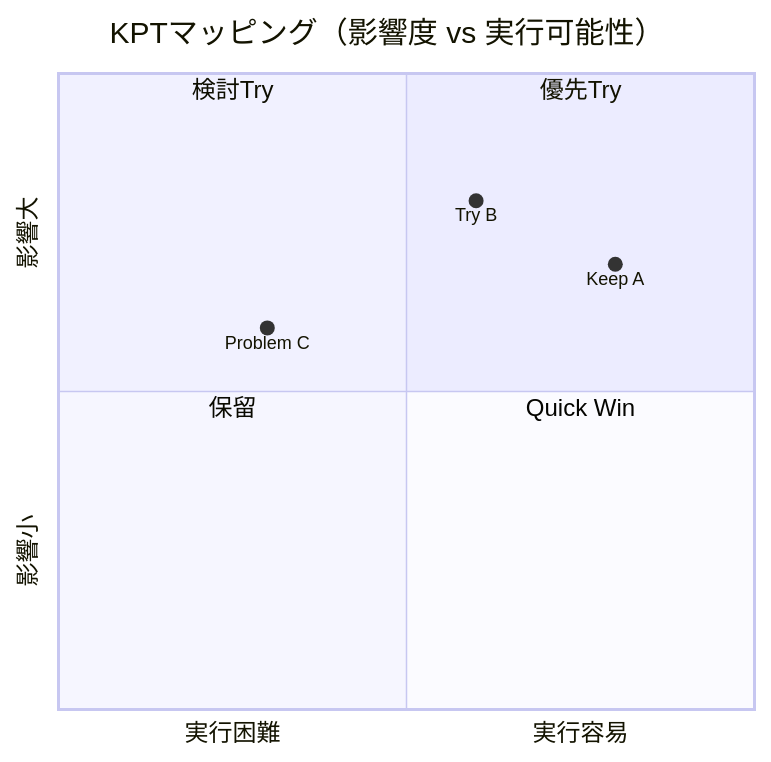
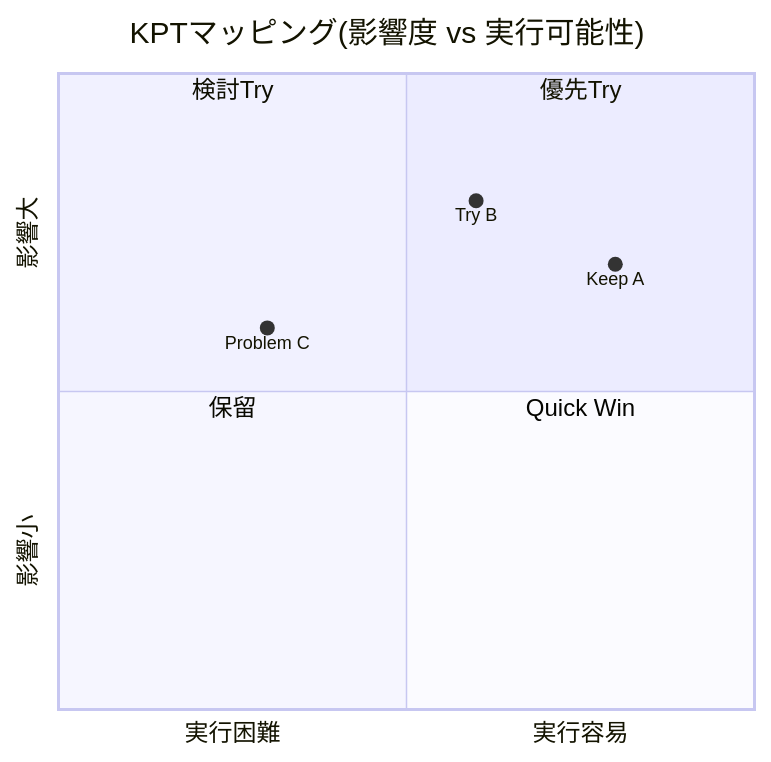
One commit to 9BwgeBTPG-QH/mark-it-down changed the diagram in docs/templates/productivity/kpt-retrospective-ja.md. Above: the diagram before and after it, drawn with Mermaid.

Commit message:
Update KPTマッピング chart formatting in Japanese retrospective template
- Modified the title and axis labels in the KPTマッピング chart for improved clarity and consistency.
- Enclosed axis labels in quotes to enhance readability.

These changes contribute to a clearer presentation of the KPT retrospective framework.

````diff
--- a/docs/templates/productivity/kpt-retrospective-ja.md
+++ b/docs/templates/productivity/kpt-retrospective-ja.md
@@ -22,13 +22,13 @@
 ```mermaid
 quadrantChart
-    title KPTマッピング（影響度 vs 実行可能性）
-    x-axis 実行困難 --> 実行容易
-    y-axis 影響小 --> 影響大
+    title KPTマッピング(影響度 vs 実行可能性)
+    x-axis "実行困難" --> "実行容易"
+    y-axis "影響小" --> "影響大"
     quadrant-1 優先Try
     quadrant-2 検討Try
     quadrant-3 保留
     quadrant-4 Quick Win
     Keep A: [0.8, 0.7]
     Try B: [0.6, 0.8]
     Problem C: [0.3, 0.6]
 ```
````
